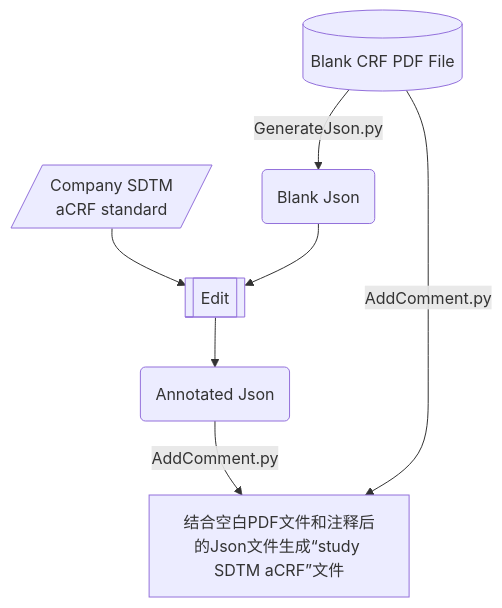
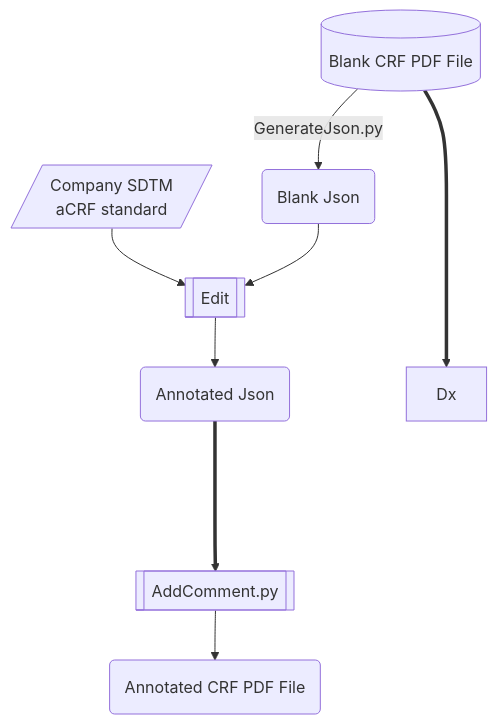
Before and after one commit to lpp1985/ACRFAnnotator: the diagram in FlowChart.md, drawn with Mermaid.

Commit message:
Add FlowChart

````diff
--- a/FlowChart.md
+++ b/FlowChart.md
@@ -1,14 +1,15 @@
 ```mermaid
 flowchart TD;
     A[("Blank CRF PDF File")]
     A--GenerateJson.py-->B(Blank Json)
     F[/"Company SDTM 
-    aCRF standard"/]-->E
+    aCRF standard"/]-->
   	 E[["Edit"]]
     B-->E
     G(Annotated Json)
     E-->G
-    G--AddComment.py-->D["结合空白PDF文件和注释后的Json文件生成“study SDTM aCRF”文件"]
-     A--AddComment.py-->D
+    G====>D[["AddComment.py"]]
+    A====>Dx
+    D-->V("Annotated CRF PDF File")
 
 ```
````
